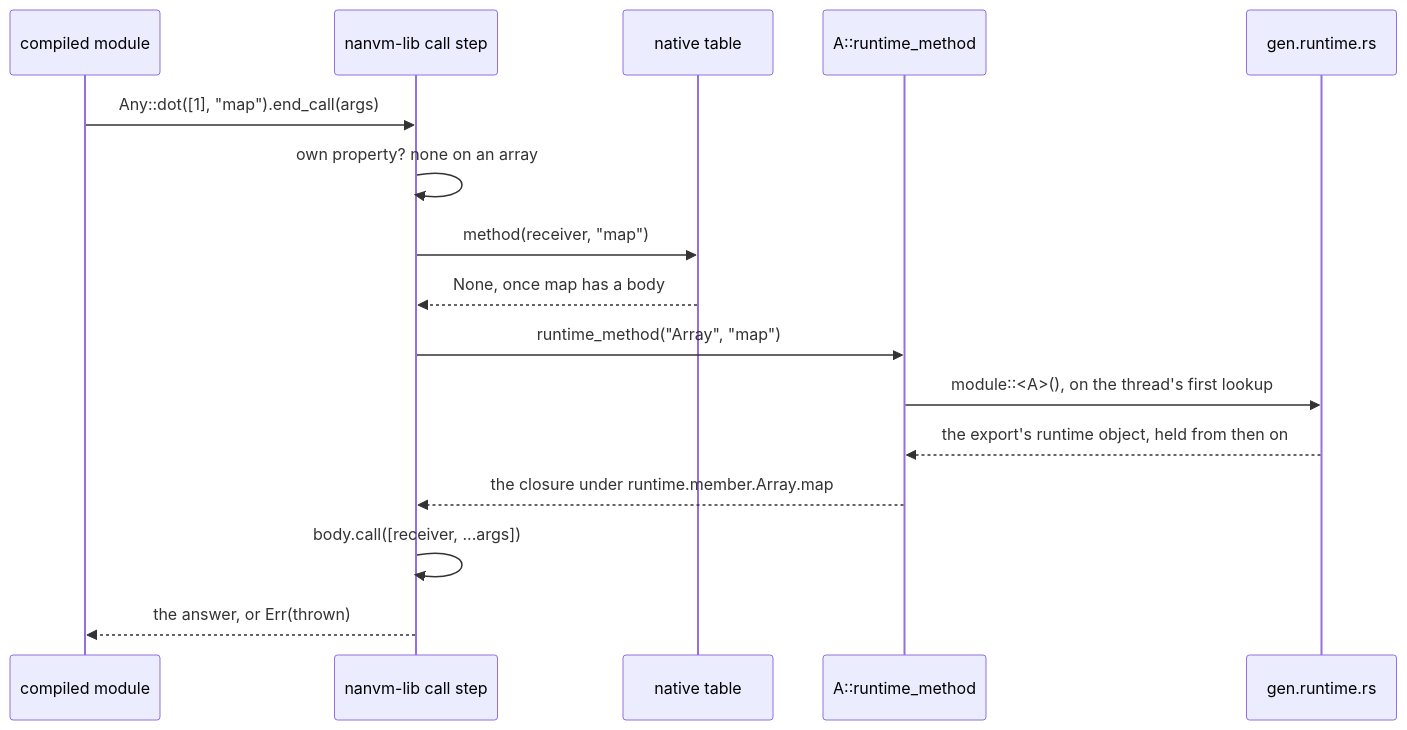
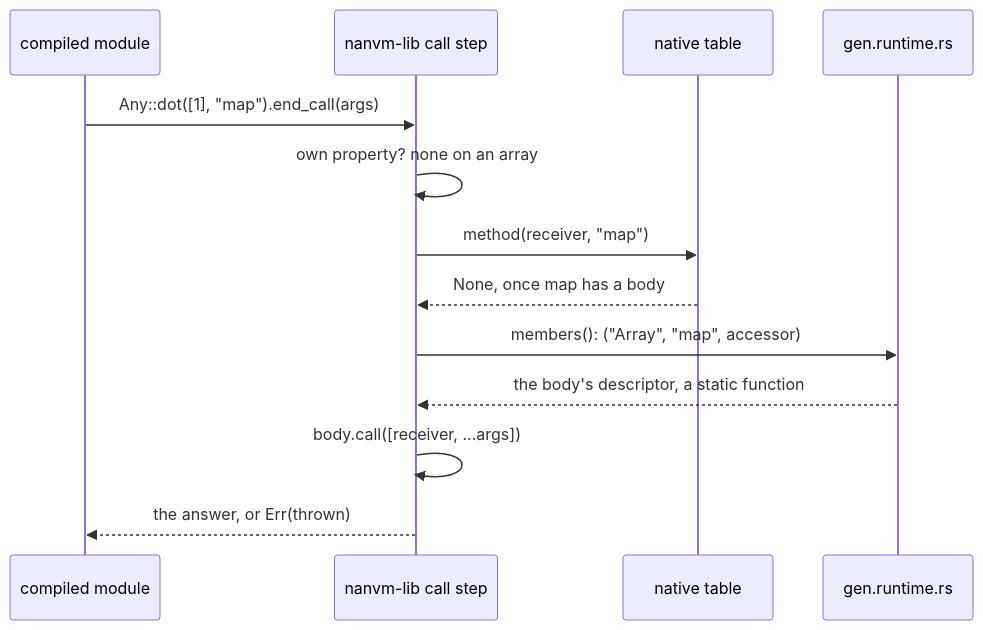
The second of 2 diagrams in fjs/js/runtime/README.md (functionalscript/functionalscript), drawn with Mermaid before and after one commit. The commit also changed other lines of this file and 18 other files, not shown here.

````diff
--- a/fjs/js/runtime/README.md
+++ b/fjs/js/runtime/README.md
@@ -145,18 +145,15 @@
 ```mermaid
 sequenceDiagram
     participant M as compiled module
     participant L as nanvm-lib call step
     participant T as native table
-    participant A as A::runtime_method
     participant R as gen.runtime.rs
     M->>L: Any::dot([1], "map").end_call(args)
     L->>L: own property? none on an array
     L->>T: method(receiver, "map")
     T-->>L: None, once map has a body
-    L->>A: runtime_method("Array", "map")
-    A->>R: module::<A>(), on the thread's first lookup
-    R-->>A: the export's runtime object, held from then on
-    A-->>L: the closure under runtime.member.Array.map
+    L->>R: members(): ("Array", "map", accessor)
+    R-->>L: the body's descriptor, a static function
     L->>L: body.call([receiver, ...args])
     L-->>M: the answer, or Err(thrown)
 ```
````
